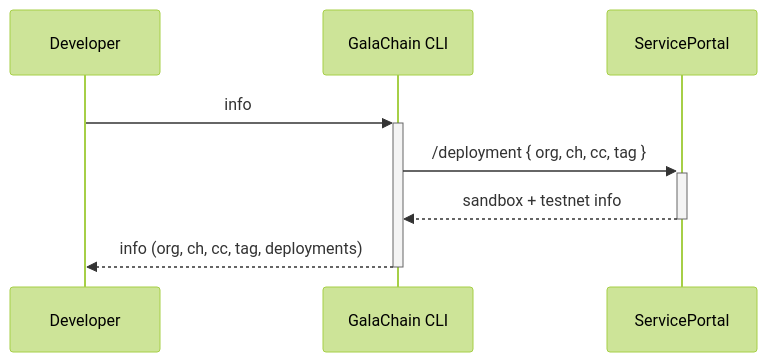
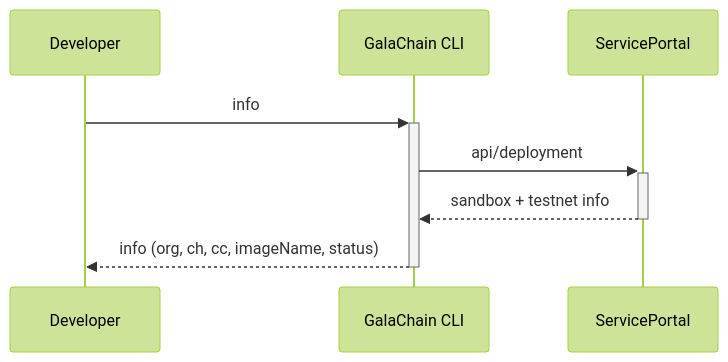
Before and after one commit to GalaChain/sdk: the first of 2 diagrams in docs/chaincode-deployment.md, drawn with Mermaid (forest theme). The commit also changed other lines of this file and 1 other file, not shown here.

Commit message:
Join deployment docs

````diff
--- a/docs/chaincode-deployment.md
+++ b/docs/chaincode-deployment.md
@@ -80,7 +82,7 @@
 ```mermaid
 sequenceDiagram
     Developer ->>+ GalaChain CLI: info
-    GalaChain CLI ->>+ ServicePortal: /deployment { org, ch, cc, tag }
+    GalaChain CLI ->>+ ServicePortal: api/deployment
     ServicePortal -->>- GalaChain CLI: sandbox + testnet info
-    GalaChain CLI -->>- Developer: info (org, ch, cc, tag, deployments)
+    GalaChain CLI -->>- Developer: info (org, ch, cc, imageName, status)
 ```
````
